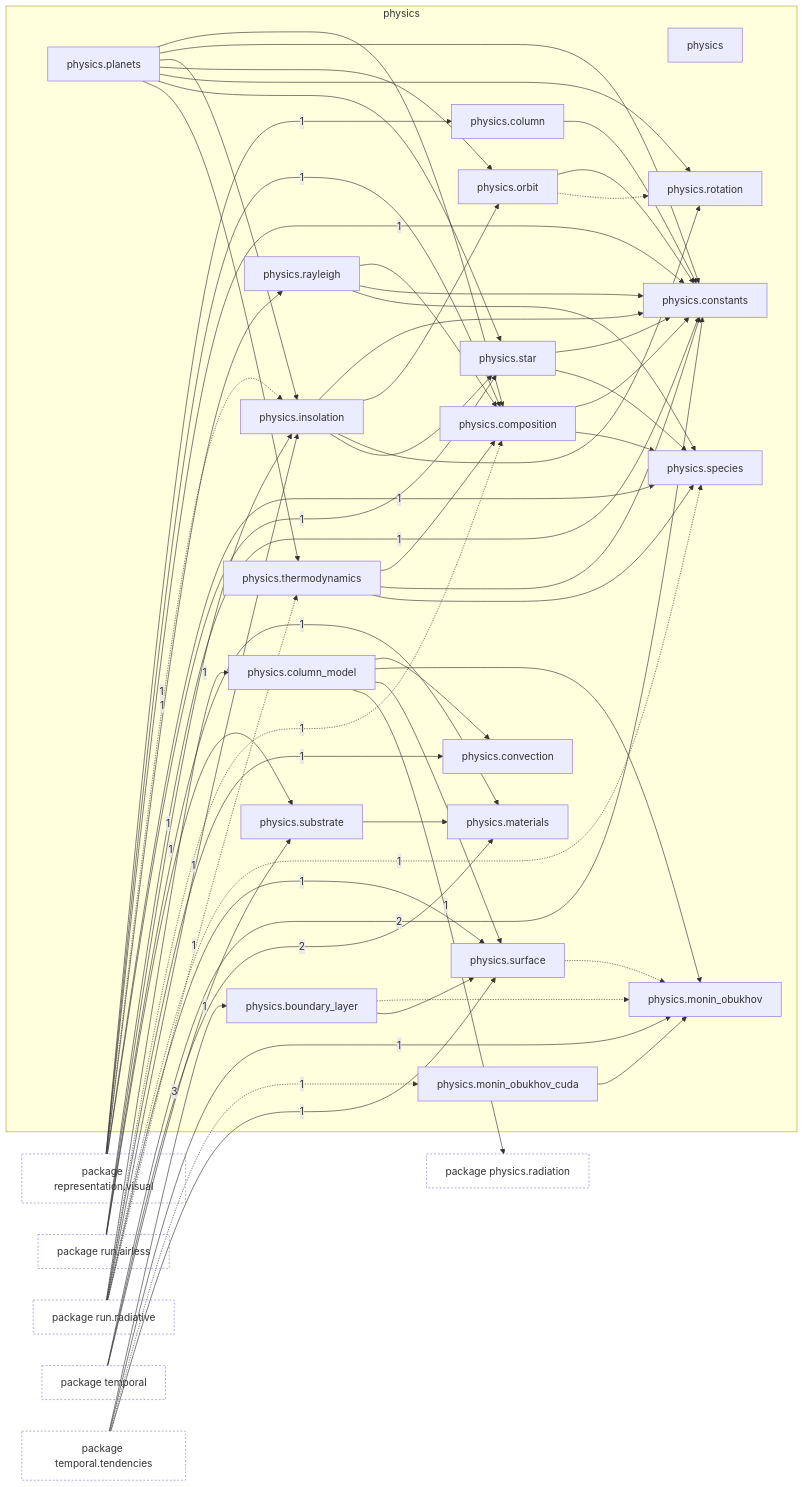
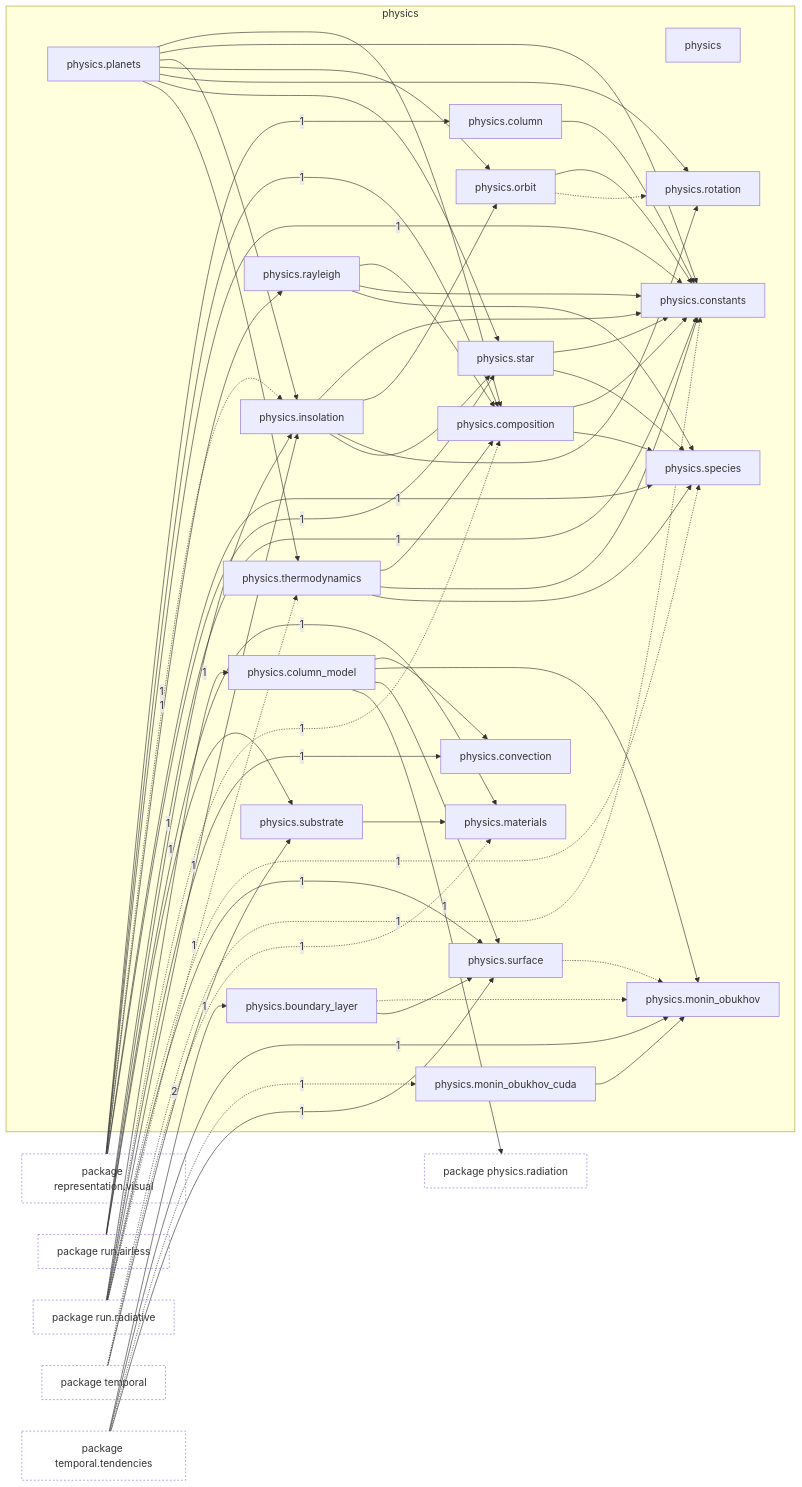
Before and after one commit to AlexandreEros/Palintropos: the first of 2 diagrams in docs/architecture/current/packages/tropoi.physics.md, drawn with Mermaid. The commit also changed other lines of this file and 26 other files, not shown here.

```diff
--- a/docs/architecture/current/packages/tropoi.physics.md
+++ b/docs/architecture/current/packages/tropoi.physics.md
@@ -117,9 +117,9 @@
     p_tropoi_orun_oradiative -.->|1| n_tropoi_ophysics_ospecies
     p_tropoi_orun_oradiative -->|1| n_tropoi_ophysics_osurface
     p_tropoi_orun_oradiative -.->|1| n_tropoi_ophysics_othermodynamics
-    p_tropoi_otemporal -->|2| n_tropoi_ophysics_oconstants
-    p_tropoi_otemporal -->|2| n_tropoi_ophysics_omaterials
-    p_tropoi_otemporal -->|3| n_tropoi_ophysics_osubstrate
+    p_tropoi_otemporal -.->|1| n_tropoi_ophysics_oconstants
+    p_tropoi_otemporal -.->|1| n_tropoi_ophysics_omaterials
+    p_tropoi_otemporal -->|2| n_tropoi_ophysics_osubstrate
     p_tropoi_otemporal_otendencies -->|1| n_tropoi_ophysics_oboundary__layer
     p_tropoi_otemporal_otendencies -->|1| n_tropoi_ophysics_omonin__obukhov
     p_tropoi_otemporal_otendencies -.->|1| n_tropoi_ophysics_omonin__obukhov__cuda
```
